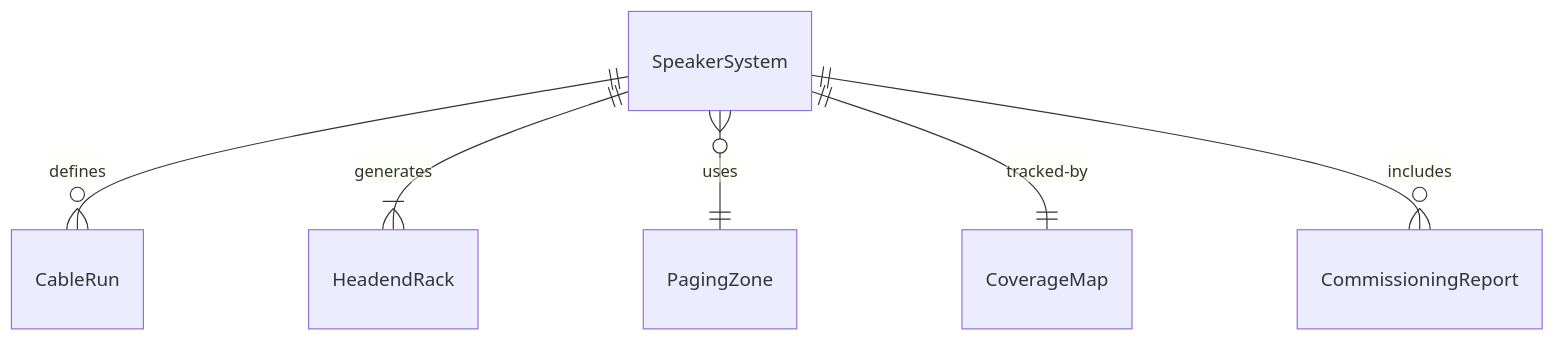
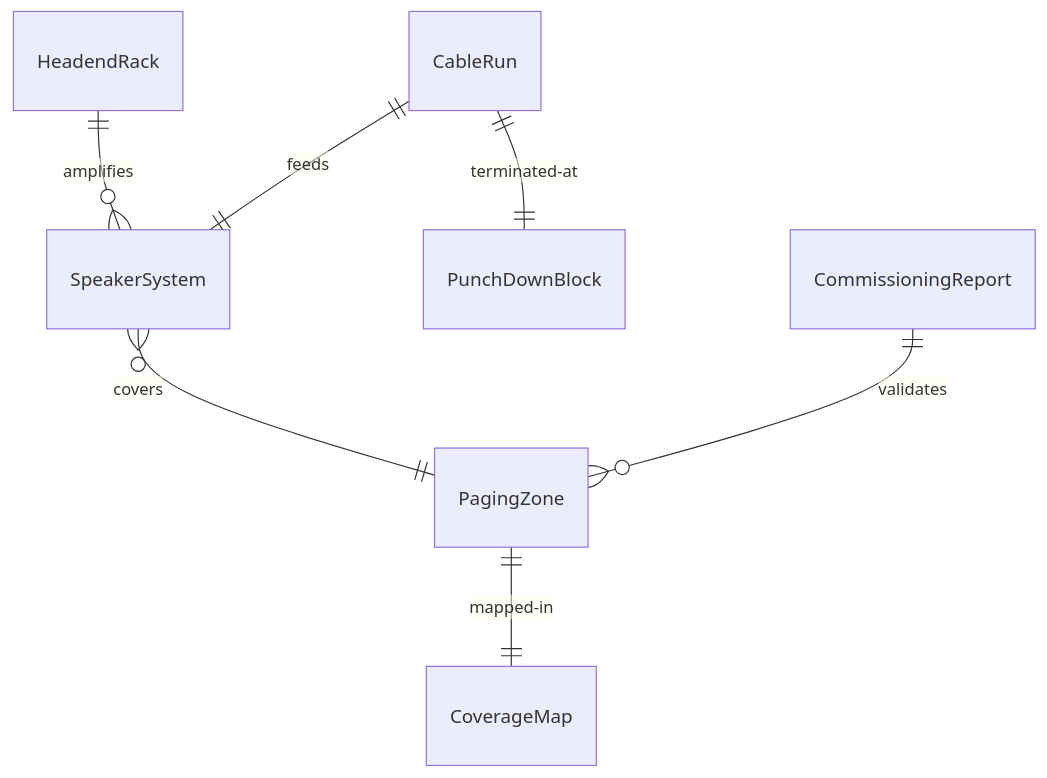
One commit to dot-org-ai/tasks.org.ai changed the first of 4 diagrams in HandlingAndMovingObjects/InstallCommercialOrProductionEquipment/InstallAudioCommunicationsEquipment.mdx. Above: the diagram before and after it, drawn with Mermaid. The commit also changed other lines of this file and 515 other files, not shown here.

````diff
--- a/HandlingAndMovingObjects/InstallCommercialOrProductionEquipment/InstallAudioCommunicationsEquipment.mdx
+++ b/HandlingAndMovingObjects/InstallCommercialOrProductionEquipment/InstallAudioCommunicationsEquipment.mdx
@@ -89,8 +89,9 @@
 ```mermaid
 erDiagram
-    SpeakerSystem ||--o{ CableRun : "defines"
-    SpeakerSystem ||--|{ HeadendRack : "generates"
-    SpeakerSystem }o--|| PagingZone : "uses"
-    SpeakerSystem ||--|| CoverageMap : "tracked-by"
-    SpeakerSystem ||--o{ CommissioningReport : "includes"
+    HeadendRack ||--o{ SpeakerSystem : "amplifies"
+    CableRun ||--|| SpeakerSystem : "feeds"
+    CableRun ||--|| PunchDownBlock : "terminated-at"
+    SpeakerSystem }o--|| PagingZone : "covers"
+    PagingZone ||--|| CoverageMap : "mapped-in"
+    CommissioningReport ||--o{ PagingZone : "validates"
 ```
````
